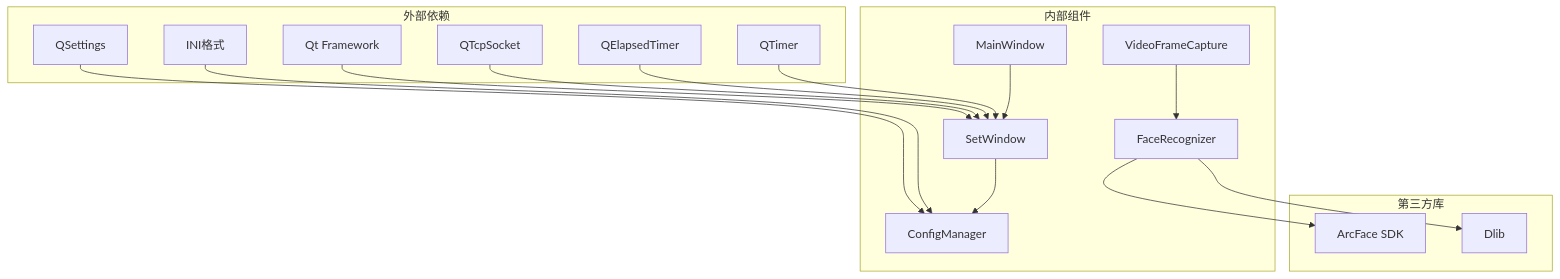
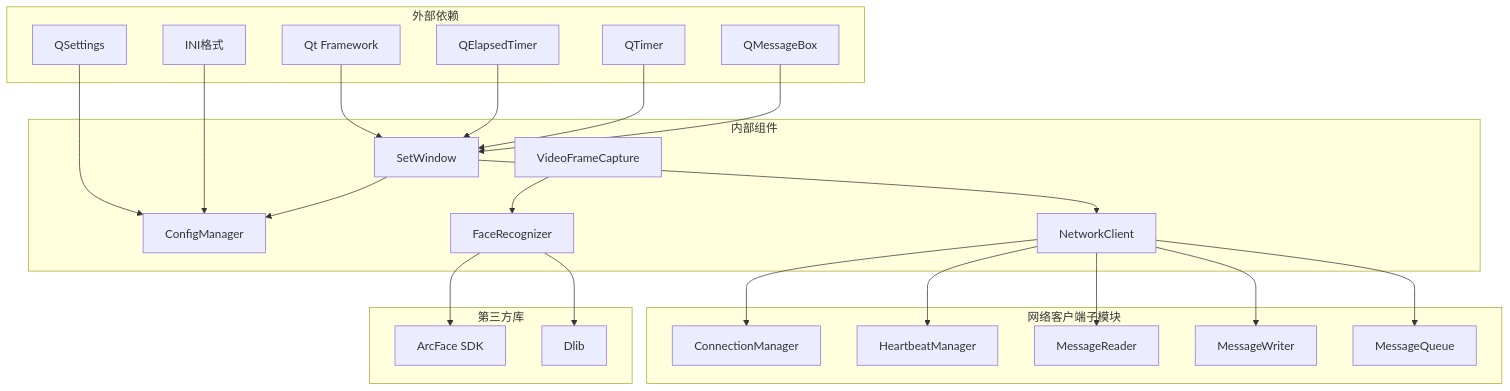
Before and after one commit to HeQiTZD/Triple-terminal-Attendance-Punching-System: the eighth of 8 diagrams in .qoder/repowiki/zh/content/用户界面设计/设置窗口.md, drawn with Mermaid. The commit also changed other lines of this file and 18 other files, not shown here.

````diff
--- a/.qoder/repowiki/zh/content/用户界面设计/设置窗口.md
+++ b/.qoder/repowiki/zh/content/用户界面设计/设置窗口.md
@@ -350,33 +455,45 @@
 ```mermaid
 graph TB
 subgraph "外部依赖"
 QT[Qt Framework]
 QSettings[QSettings]
 QSettingsINI[INI格式]
-QTcpSocket[QTcpSocket]
 QElapsedTimer[QElapsedTimer]
 QTimer[QTimer]
+QMessageBox[QMessageBox]
 end
 subgraph "内部组件"
 SW[SetWindow]
 CM[ConfigManager]
-MW[MainWindow]
+NC[NetworkClient]
 VC[VideoFrameCapture]
 FR[FaceRecognizer]
+end
+subgraph "网络客户端子模块"
+CMN[ConnectionManager]
+HM[HeartbeatManager]
+MR[MessageReader]
+MW[MessageWriter]
+MQ[MessageQueue]
 end
 subgraph "第三方库"
 AF[ArcFace SDK]
 DLIB[Dlib]
 end
 QT --> SW
 QSettings --> CM
 QSettingsINI --> CM
-QTcpSocket --> SW
 QElapsedTimer --> SW
 QTimer --> SW
+QMessageBox --> SW
 SW --> CM
-MW --> SW
+SW --> NC
+NC --> CMN
+NC --> HM
+NC --> MR
+NC --> MW
+NC --> MQ
 VC --> FR
 FR --> AF
 FR --> DLIB
 ```
````
